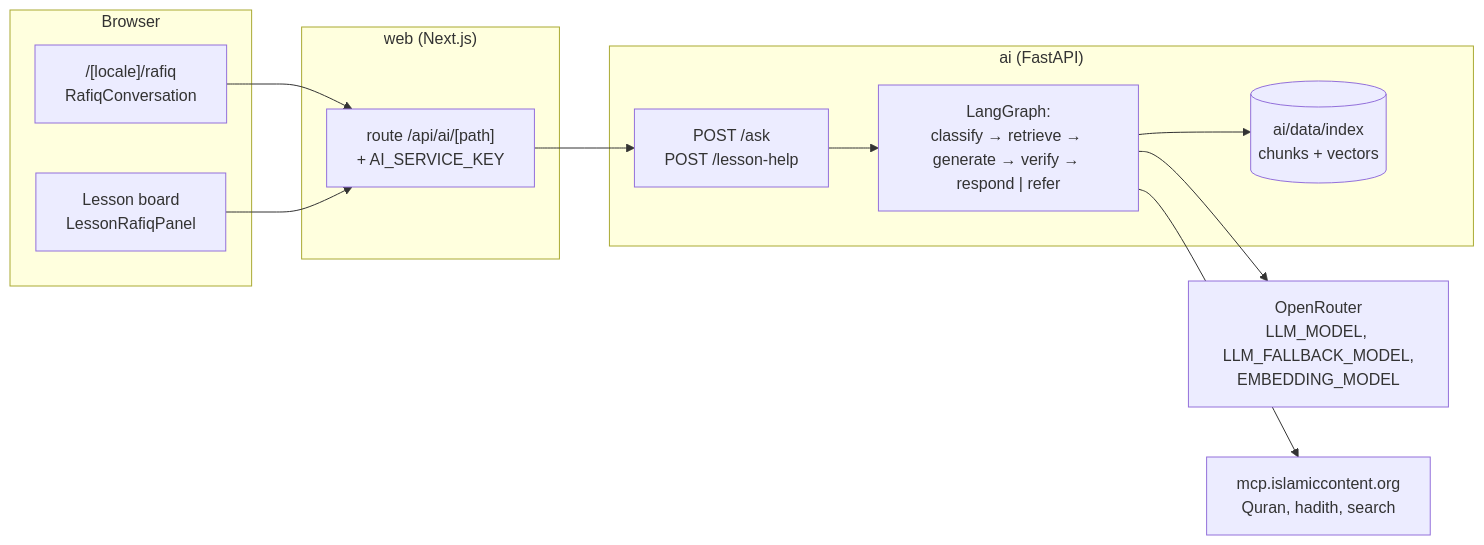
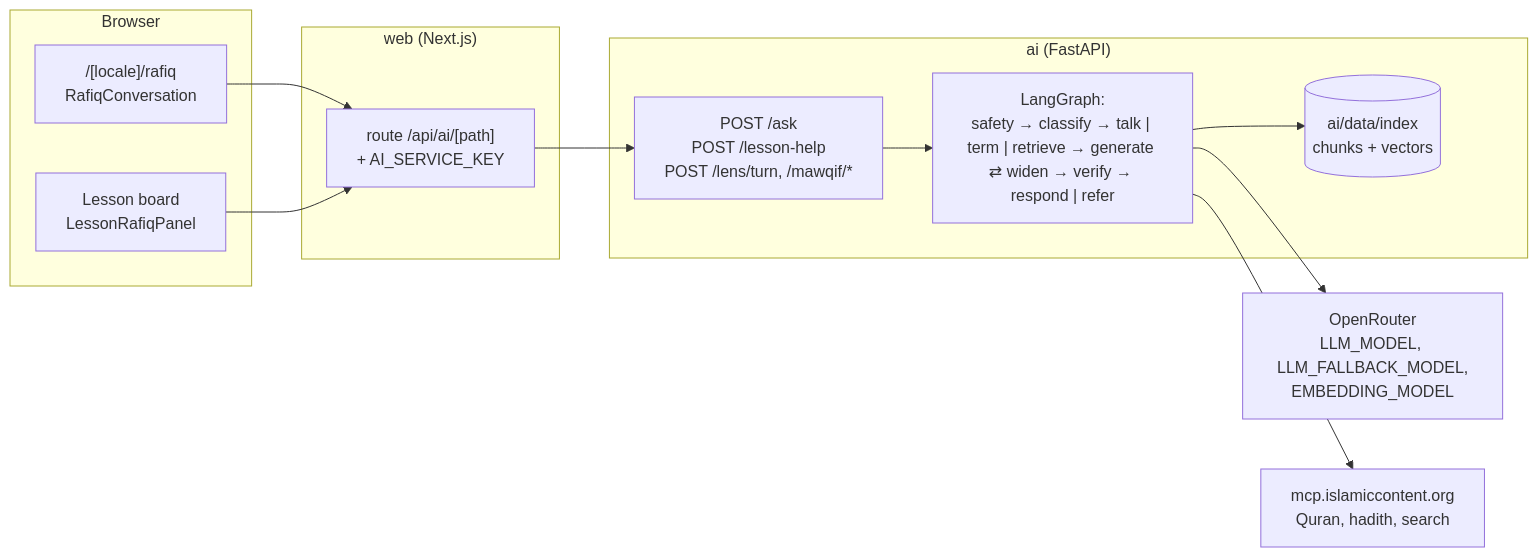
Before and after one commit to tfcoMoBkr/Rehla-islamicaich-tfco: the diagram in docs/ARCHITECTURE.md, drawn with Mermaid. The commit also changed other lines of this file and 171 other files, not shown here.

Commit message:
feat: Rafiq as a companion, sources with explanations, Lens and Mawqif as conversations

````diff
--- a/docs/ARCHITECTURE.md
+++ b/docs/ARCHITECTURE.md
@@ -127,23 +137,23 @@
 ```mermaid
 flowchart LR
     subgraph Browser
       P["/[locale]/rafiq<br/>RafiqConversation"]
       H["Lesson board<br/>LessonRafiqPanel"]
     end
     subgraph web["web (Next.js)"]
       RW["route /api/ai/[path]<br/>+ AI_SERVICE_KEY"]
     end
     subgraph ai["ai (FastAPI)"]
-      API["POST /ask<br/>POST /lesson-help"]
-      G["LangGraph:<br/>classify → retrieve → generate → verify → respond | refer"]
+      API["POST /ask<br/>POST /lesson-help<br/>POST /lens/turn, /mawqif/*"]
+      G["LangGraph:<br/>safety → classify → talk | term | retrieve → generate ⇄ widen → verify → respond | refer"]
       IDX[("ai/data/index<br/>chunks + vectors")]
     end
     OR["OpenRouter<br/>LLM_MODEL, LLM_FALLBACK_MODEL,<br/>EMBEDDING_MODEL"]
     MCP["mcp.islamiccontent.org<br/>Quran, hadith, search"]
     P --> RW
     H --> RW
     RW --> API --> G
     G --> IDX
     G --> OR
     G --> MCP
 ```
````
